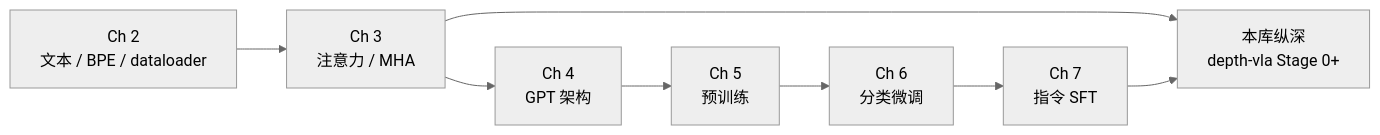
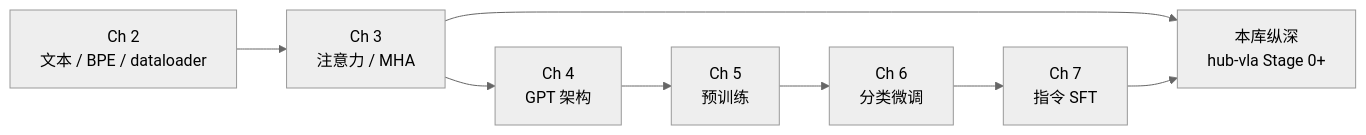
Before and after one commit to ImChong/Robotics_Notebooks: the diagram in wiki/entities/llms-from-scratch-raschka.md, drawn with Mermaid (neutral theme). The commit also changed other lines of this file and 147 other files, not shown here.

First line of the commit message:
fix(ux): 纵深视图仅保留 21 条策展路线，原专题枢纽改为 hub 知识链

````diff
--- a/wiki/entities/llms-from-scratch-raschka.md
+++ b/wiki/entities/llms-from-scratch-raschka.md
@@ -44,14 +44,14 @@
 ```mermaid
 flowchart LR
   C2["Ch 2<br/>文本 / BPE / dataloader"]
   C3["Ch 3<br/>注意力 / MHA"]
   C4["Ch 4<br/>GPT 架构"]
   C5["Ch 5<br/>预训练"]
   C6["Ch 6<br/>分类微调"]
   C7["Ch 7<br/>指令 SFT"]
-  VLA["本库纵深<br/>depth-vla Stage 0+"]
+  VLA["本库纵深<br/>hub-vla Stage 0+"]
 
   C2 --> C3 --> C4 --> C5 --> C6 --> C7
   C3 --> VLA
   C7 --> VLA
 ```
````
